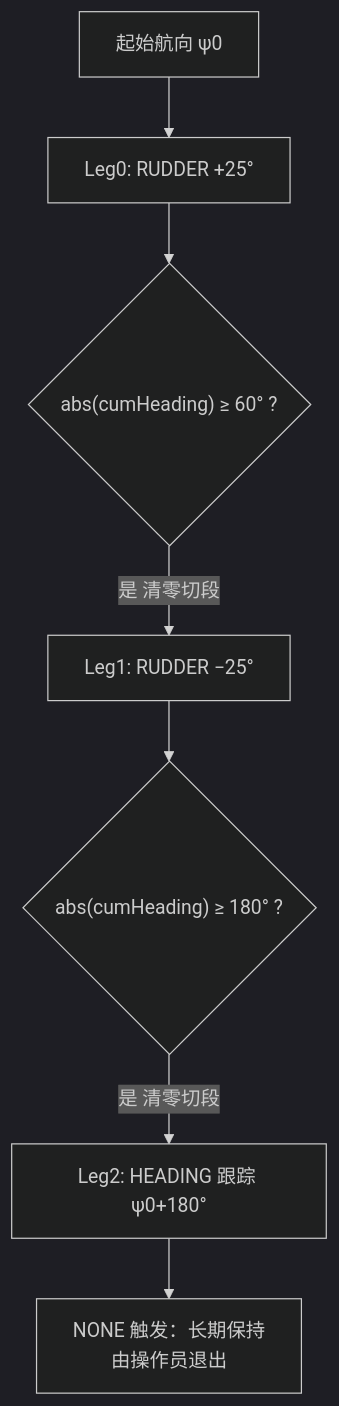
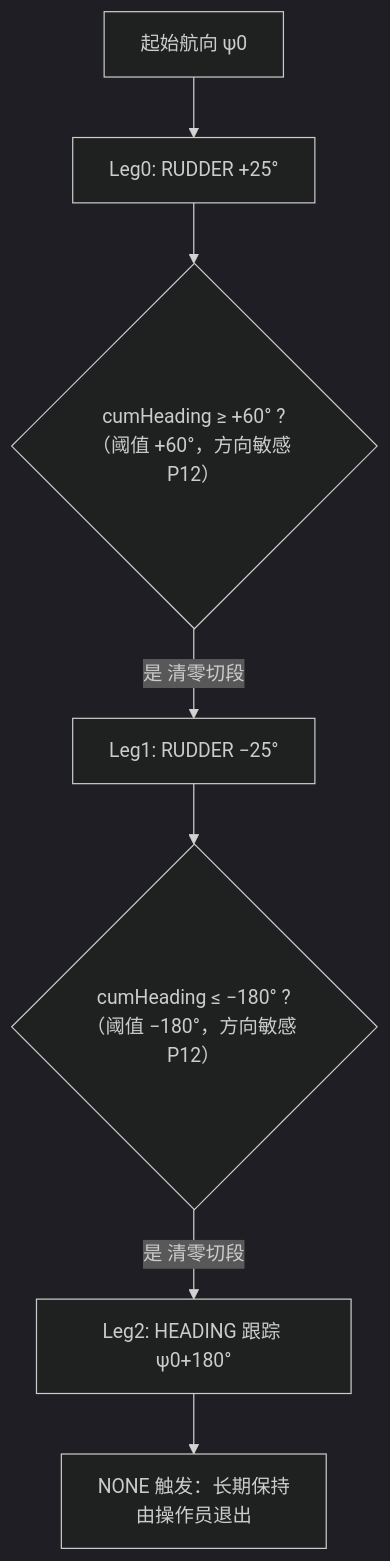
Diagram 13 of 22 in control/控制算法开发文档.md (jimaka/auto_rudder), drawn with Mermaid (dark theme) before and after one commit. The commit also changed other lines of this file and 15 other files, not shown here.

````diff
--- a/control/控制算法开发文档.md
+++ b/control/控制算法开发文档.md
@@ -719,9 +751,9 @@
 ```mermaid
 graph TD
     S["起始航向 ψ0"] --> L1["Leg0: RUDDER +25°"]
-    L1 --> T1{"abs(cumHeading) ≥ 60° ?"}
+    L1 --> T1{"cumHeading ≥ +60° ?<br/>（阈值 +60°，方向敏感 P12）"}
     T1 -->|是 清零切段| L2["Leg1: RUDDER −25°"]
-    L2 --> T2{"abs(cumHeading) ≥ 180° ?"}
+    L2 --> T2{"cumHeading ≤ −180° ?<br/>（阈值 −180°，方向敏感 P12）"}
     T2 -->|是 清零切段| L3["Leg2: HEADING 跟踪 ψ0+180°"]
     L3 --> HOLD["NONE 触发：长期保持<br/>由操作员退出"]
 ```
````
